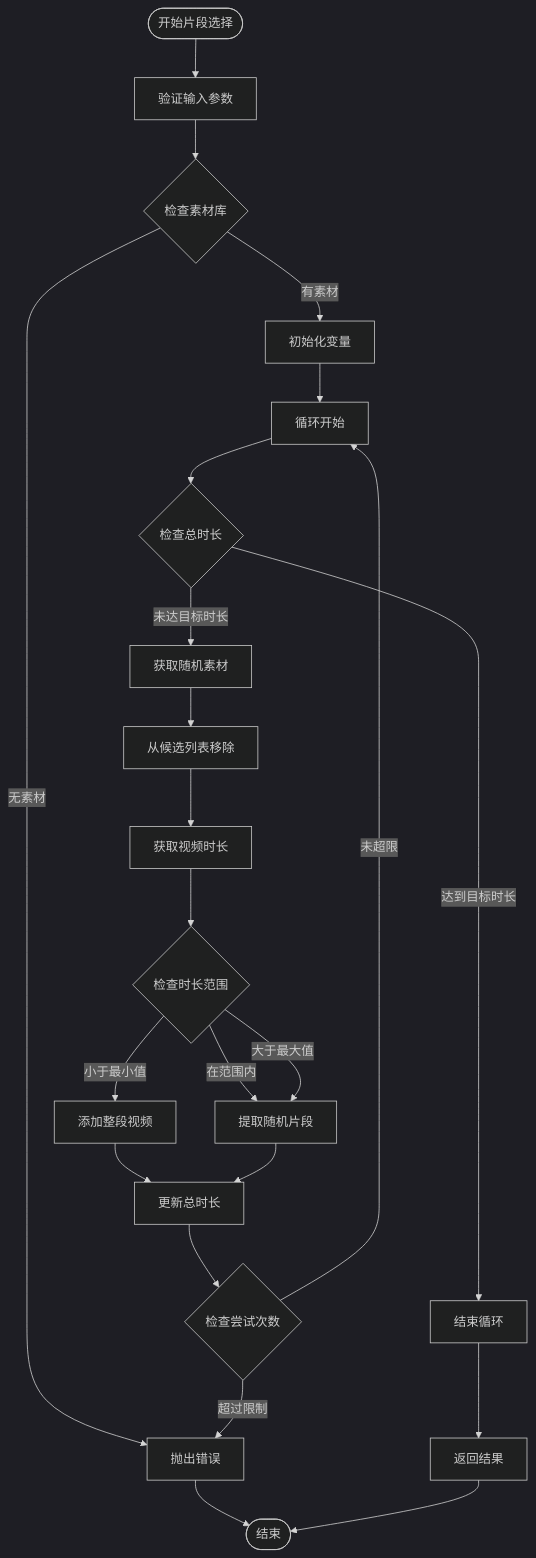
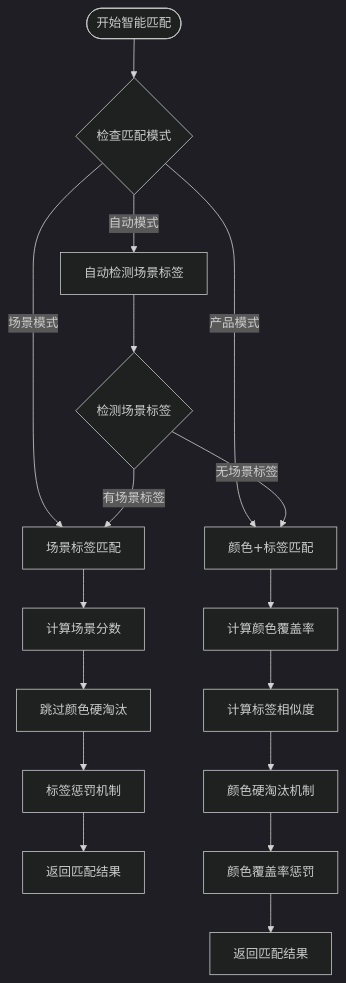
The seventh of 12 diagrams in .qoder/repowiki/zh/content/UI组件系统/视频管理组件.md (torans/crow.video), drawn with Mermaid (dark theme) before and after one commit. The commit also changed other lines of this file and 35 other files, not shown here.

````diff
--- a/.qoder/repowiki/zh/content/UI组件系统/视频管理组件.md
+++ b/.qoder/repowiki/zh/content/UI组件系统/视频管理组件.md
@@ -256,25 +336,19 @@
 ```mermaid
 flowchart TD
-Start([开始片段选择]) --> ValidateInput[验证输入参数]
-ValidateInput --> CheckAssets{检查素材库}
-CheckAssets --> |无素材| ThrowError[抛出错误]
-CheckAssets --> |有素材| InitVars[初始化变量]
-InitVars --> LoopStart[循环开始]
-LoopStart --> CheckDuration{检查总时长}
-CheckDuration --> |达到目标时长| EndLoop[结束循环]
-CheckDuration --> |未达目标时长| GetRandomAsset[获取随机素材]
-GetRandomAsset --> RemoveAsset[从候选列表移除]
-RemoveAsset --> GetDuration[获取视频时长]
-GetDuration --> CheckTimeRange{检查时长范围}
-CheckTimeRange --> |小于最小值| AddFullSegment[添加整段视频]
-CheckTimeRange --> |在范围内| ExtractRandomSegment[提取随机片段]
-CheckTimeRange --> |大于最大值| ExtractRandomSegment
-AddFullSegment --> UpdateDuration[更新总时长]
-ExtractRandomSegment --> UpdateDuration
-UpdateDuration --> CheckAttempts{检查尝试次数}
-CheckAttempts --> |超过限制| ThrowError
-CheckAttempts --> |未超限| LoopStart
-EndLoop --> ReturnResult[返回结果]
-ThrowError --> End([结束])
-ReturnResult --> End
+Start([开始智能匹配]) --> ModeCheck{检查匹配模式}
+ModeCheck --> |场景模式| SceneMode[场景标签匹配]
+ModeCheck --> |产品模式| ProductMode[颜色+标签匹配]
+ModeCheck --> |自动模式| AutoMode[自动检测场景标签]
+SceneMode --> SceneScore[计算场景分数]
+SceneScore --> ColorHardDrop[跳过颜色硬淘汰]
+ColorHardDrop --> TagPenalty[标签惩罚机制]
+TagPenalty --> Result1[返回匹配结果]
+ProductMode --> ColorScore[计算颜色覆盖率]
+ColorScore --> TagScore[计算标签相似度]
+TagScore --> HardDrop[颜色硬淘汰机制]
+HardDrop --> ColorPenalty[颜色覆盖率惩罚]
+ColorPenalty --> Result2[返回匹配结果]
+AutoMode --> DetectScene{检测场景标签}
+DetectScene --> |有场景标签| SceneMode
+DetectScene --> |无场景标签| ProductMode
 ```
````
